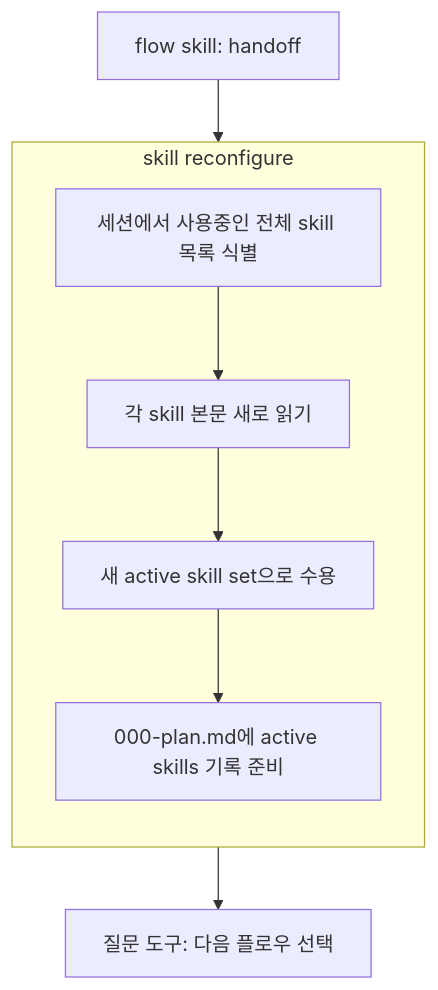
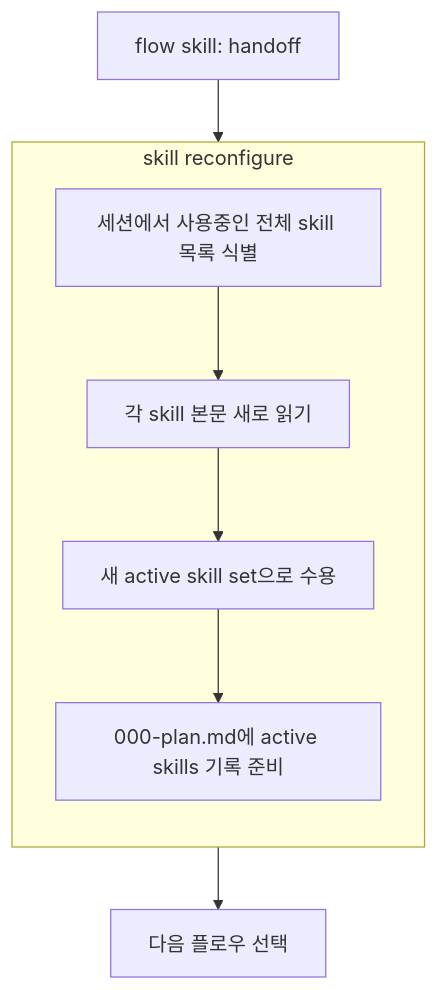
The second of 3 diagrams in src/loop-kit-dev/specs/skills/turn-gate/intent.md (opnay/agent-plugins), drawn with Mermaid before and after one commit. The commit also changed other lines of this file and 8 other files, not shown here.

First line of the commit message:
docs: align turn-gate next-flow gate specs

````diff
--- a/src/loop-kit-dev/specs/skills/turn-gate/intent.md
+++ b/src/loop-kit-dev/specs/skills/turn-gate/intent.md
@@ -35,16 +39,16 @@
 ```mermaid
 graph TD
   HANDOFF[flow skill: handoff] --> IDENTIFY
   subgraph SKILLRECONFIG[skill reconfigure]
     direction TB
     IDENTIFY[세션에서 사용중인 전체 skill 목록 식별]
     REREAD[각 skill 본문 새로 읽기]
     ACCEPT[새 active skill set으로 수용]
     RECORD[000-plan.md에 active skills 기록 준비]
 
     IDENTIFY --> REREAD
     REREAD --> ACCEPT
     ACCEPT --> RECORD
   end
-  RECORD --> ASK[질문 도구: 다음 플로우 선택]
+  RECORD --> NEXTFLOW[다음 플로우 선택]
 ```
````
